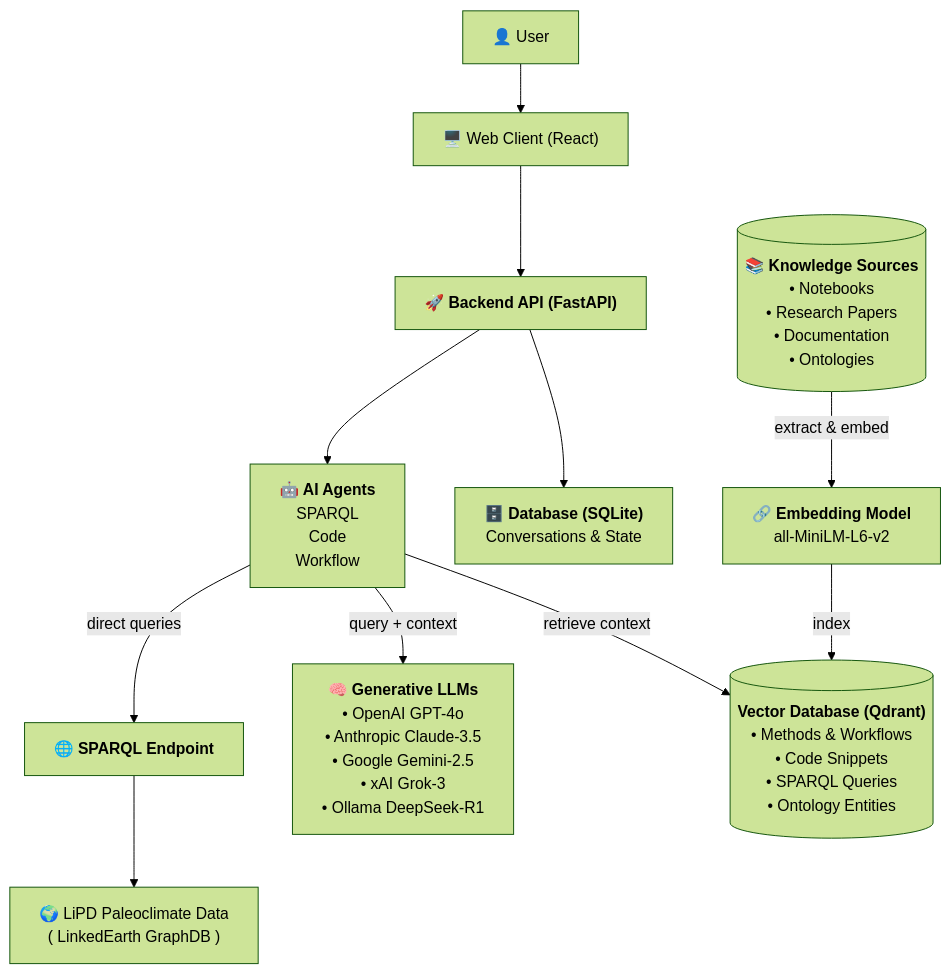
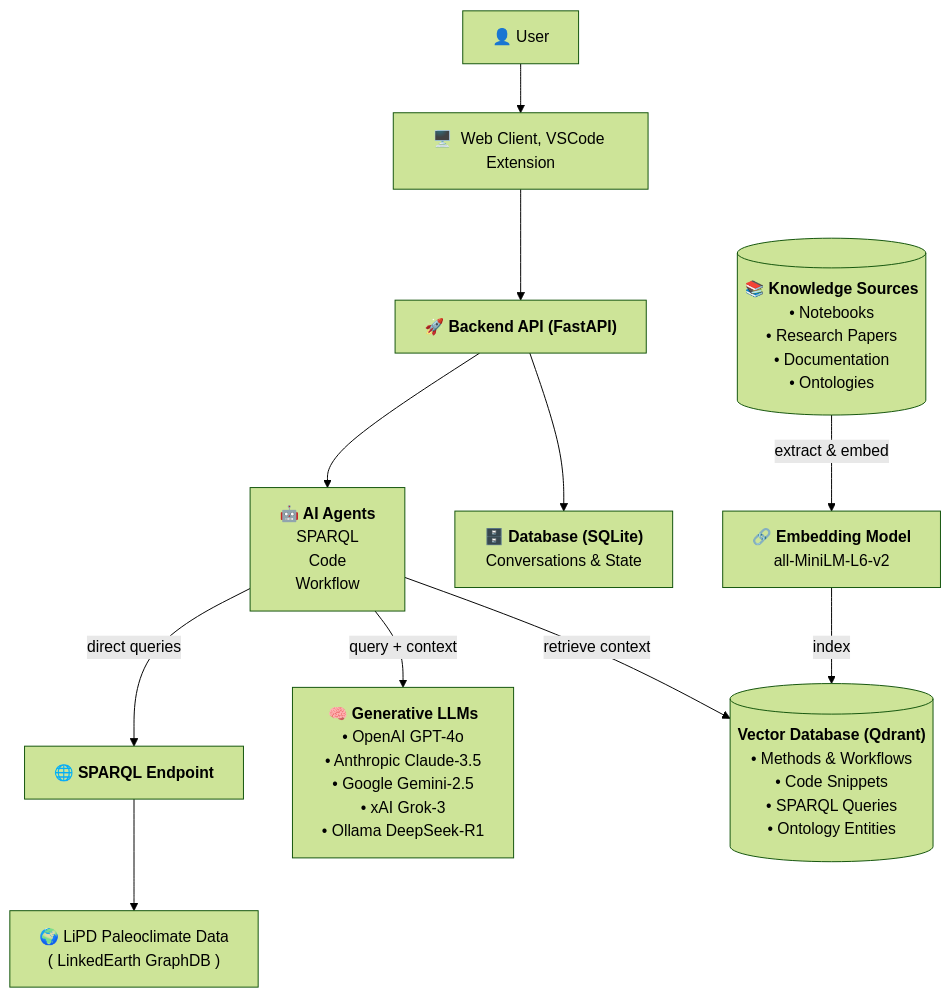
One commit to LinkedEarth/paleopal changed the diagram in docs/ArchitectureDiagram.mmd. Above: the diagram before and after it, drawn with Mermaid (forest theme).

Commit message:
Update architecture diagram to include VSCode extension

```diff
--- a/docs/ArchitectureDiagram.mmd
+++ b/docs/ArchitectureDiagram.mmd
@@ -1,12 +1,12 @@
 flowchart TB
-    USER["👤  User"] --> CLIENT["🖥️  Web Client (React)"]
+    USER["👤  User"] --> CLIENT["🖥️  Web Client, VSCode Extension"]
     CLIENT --> BACKEND["<b>🚀  Backend API (FastAPI)</b>"]
     BACKEND --> PERSIST["🗄️  <b>Database (SQLite)</b><br>Conversations &amp; State"] & AGENTS["<b>🤖  AI Agents<br></b>SPARQL<br>Code<br>Workflow"]
     SOURCES_BOX["<b>📚  Knowledge Sources<br></b>• Notebooks<br>• Research Papers<br>• Documentation<br>• Ontologies"] -- extract & embed --> EMBED["🔗  <b>Embedding Model</b><br>all-MiniLM-L6-v2"]
     EMBED -- index --> VECTOR["<b>Vector Database (Qdrant)</b><br>• Methods &amp; Workflows<br>• Code Snippets<br>• SPARQL Queries<br>• Ontology Entities"]
     AGENTS -- retrieve context --> VECTOR
     AGENTS -- query + context --> LLMS["🧠  <b>Generative LLMs</b><br>• OpenAI GPT-4o<br>• Anthropic Claude-3.5<br>• Google Gemini-2.5<br>• xAI Grok-3<br>• Ollama DeepSeek-R1"]
     SPARQL_EP["🌐  <b>SPARQL Endpoint</b><br>"] --> PALEO["🌍  LiPD Paleoclimate Data<br>( LinkedEarth GraphDB )"]
     AGENTS -- direct queries --> SPARQL_EP
     SOURCES_BOX@{ shape: cyl}
     VECTOR@{ shape: cyl}
```
